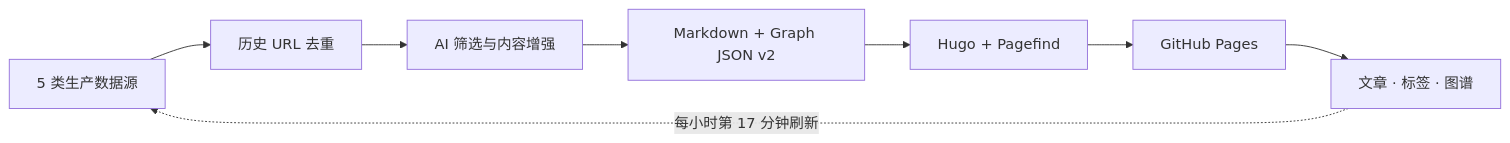
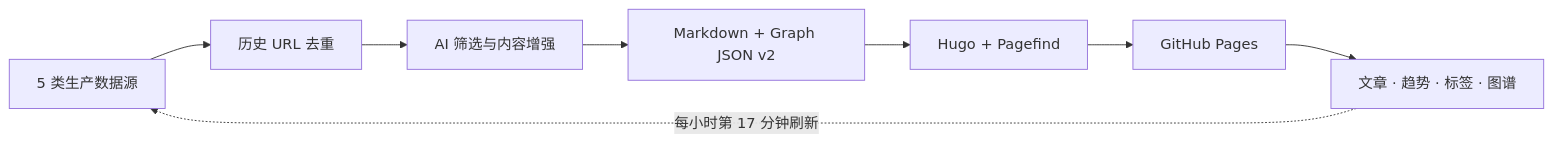
The diagram in README.md (g5n-dev/ai-stack), drawn with Mermaid before and after one commit. The commit also changed other lines of this file and 58 other files, not shown here.

````diff
--- a/README.md
+++ b/README.md
@@ -46,10 +49,10 @@
 ```mermaid
 flowchart LR
   S["5 类生产数据源"] --> D["历史 URL 去重"]
   D --> A["AI 筛选与内容增强"]
   A --> O["Markdown + Graph JSON v2"]
   O --> H["Hugo + Pagefind"]
   H --> P["GitHub Pages"]
-  P --> R["文章 · 标签 · 图谱"]
+  P --> R["文章 · 趋势 · 标签 · 图谱"]
   R -. "每小时第 17 分钟刷新" .-> S
 ```
````
